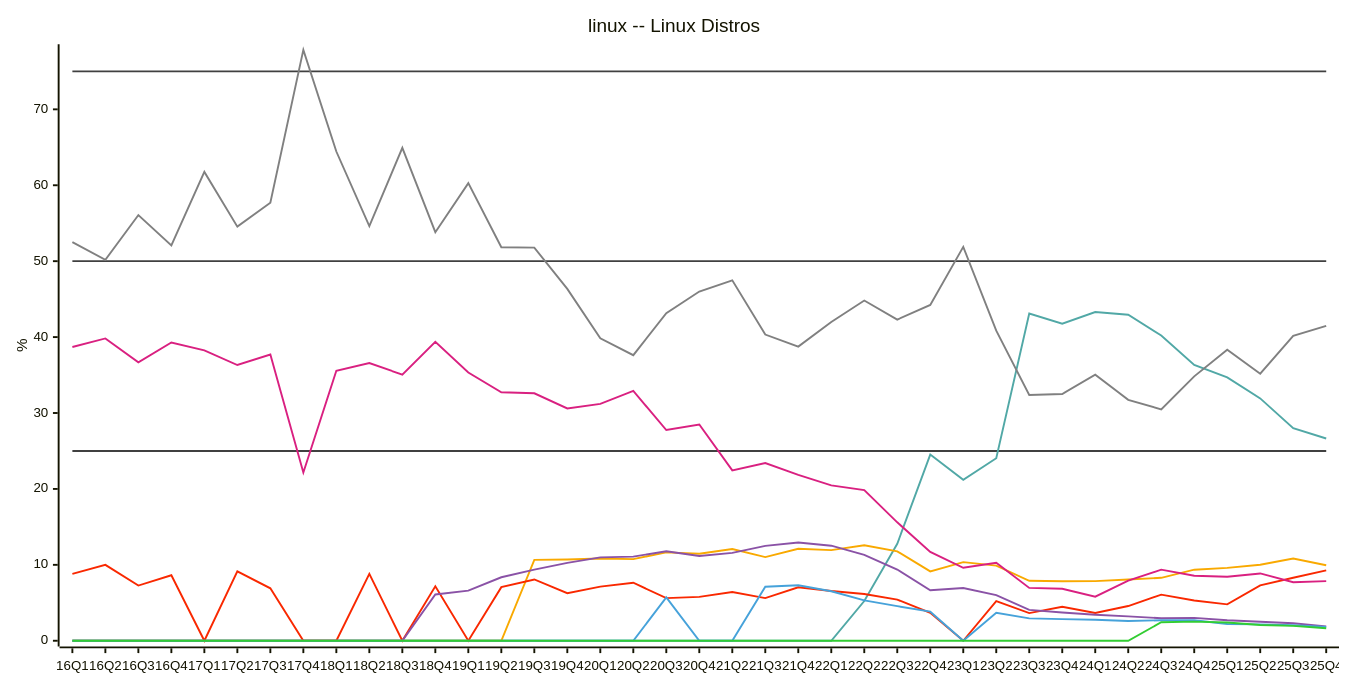
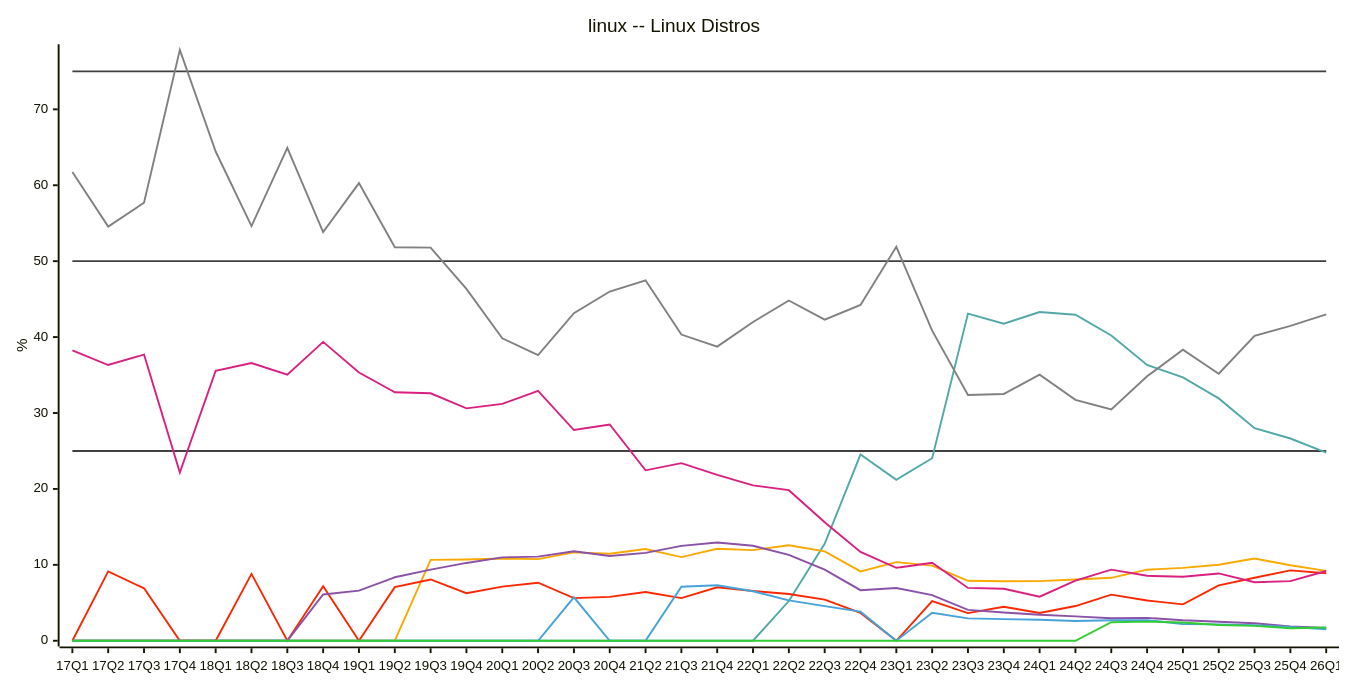
Diagram 16 of 31 in README.md (jdegene/steamHWsurvey), drawn with Mermaid before and after one commit. The commit also changed other lines of this file and 3 other files, not shown here.

````diff
--- a/README.md
+++ b/README.md
@@ -516,29 +516,29 @@
 ```mermaid
 ---
 config:
     xyChart:
         width: 1400
         height: 700
         
     themeVariables:
         xyChart:
             plotColorPalette: "#404040,#404040,#404040,#51a8a6,#f9a900,#f92800,#d92080,#8a52a6,#46a2da,#32CD32,#808080"
 
 --- 
 
 xychart-beta
     title "linux -- Linux Distros"
-    x-axis [16Q1, 16Q2, 16Q3, 16Q4, 17Q1, 17Q2, 17Q3, 17Q4, 18Q1, 18Q2, 18Q3, 18Q4, 19Q1, 19Q2, 19Q3, 19Q4, 20Q1, 20Q2, 20Q3, 20Q4, 21Q2, 21Q3, 21Q4, 22Q1, 22Q2, 22Q3, 22Q4, 23Q1, 23Q2, 23Q3, 23Q4, 24Q1, 24Q2, 24Q3, 24Q4, 25Q1, 25Q2, 25Q3, 25Q4]
+    x-axis [17Q1, 17Q2, 17Q3, 17Q4, 18Q1, 18Q2, 18Q3, 18Q4, 19Q1, 19Q2, 19Q3, 19Q4, 20Q1, 20Q2, 20Q3, 20Q4, 21Q2, 21Q3, 21Q4, 22Q1, 22Q2, 22Q3, 22Q4, 23Q1, 23Q2, 23Q3, 23Q4, 24Q1, 24Q2, 24Q3, 24Q4, 25Q1, 25Q2, 25Q3, 25Q4, 26Q1]
     y-axis "%" 
- line [25, 25, 25, 25, 25, 25, 25, 25, 25, 25, 25, 25, 25, 25, 25, 25, 25, 25, 25, 25, 25, 25, 25, 25, 25, 25, 25, 25, 25, 25, 25, 25, 25, 25, 25, 25, 25, 25, 25]
- line [50, 50, 50, 50, 50, 50, 50, 50, 50, 50, 50, 50, 50, 50, 50, 50, 50, 50, 50, 50, 50, 50, 50, 50, 50, 50, 50, 50, 50, 50, 50, 50, 50, 50, 50, 50, 50, 50, 50]
- line [75, 75, 75, 75, 75, 75, 75, 75, 75, 75, 75, 75, 75, 75, 75, 75, 75, 75, 75, 75, 75, 75, 75, 75, 75, 75, 75, 75, 75, 75, 75, 75, 75, 75, 75, 75, 75, 75, 75]
-    line [0, 0, 0, 0, 0, 0, 0, 0, 0, 0, 0, 0, 0, 0, 0, 0, 0, 0, 0, 0, 0, 0, 0, 0, 5.2299999999999995, 12.776666666666667, 24.525, 21.2, 24.044999999999998, 43.096666666666664, 41.76, 43.29666666666667, 42.946666666666665, 40.216666666666676, 36.336666666666666, 34.69333333333333, 31.923333333333332, 28.000000000000004, 26.639999999999997]
-    line [0, 0, 0, 0, 0, 0, 0, 0, 0, 0, 0, 0, 0, 0, 10.65, 10.703333333333333, 10.835, 10.756666666666666, 11.645, 11.46, 12.079999999999998, 11.023333333333333, 12.11, 11.940000000000001, 12.585, 11.776666666666667, 9.14, 10.36, 9.89, 7.903333333333333, 7.830000000000001, 7.856666666666667, 8.073333333333334, 8.29, 9.36, 9.596666666666666, 10.010000000000002, 10.83, 9.943333333333333]
-    line [8.799999999999999, 10.0, 7.2666666666666675, 8.63, 0, 9.133333333333333, 6.909999999999999, 0, 0, 8.806666666666667, 0, 7.17, 0, 7.063333333333334, 8.07, 6.2700000000000005, 7.124999999999999, 7.6433333333333335, 5.609999999999999, 5.779999999999999, 6.420000000000001, 5.62, 7.04, 6.550000000000001, 6.165, 5.415, 3.6700000000000004, 0, 5.215, 3.6399999999999997, 4.475, 3.6533333333333333, 4.573333333333332, 6.073333333333333, 5.3, 4.796666666666667, 7.286666666666668, 8.293333333333335, 9.266666666666667]
-    line [38.695, 39.82, 36.669999999999995, 39.28333333333334, 38.24, 36.31999999999999, 37.696666666666665, 22.163333333333334, 35.56666666666666, 36.57666666666666, 35.06, 39.36666666666667, 35.32666666666667, 32.733333333333334, 32.59666666666667, 30.606666666666666, 31.210000000000004, 32.906666666666666, 27.755000000000003, 28.485, 22.45, 23.4, 21.84, 20.47, 19.835, 15.6, 11.695, 9.610000000000001, 10.280000000000001, 6.959999999999999, 6.855, 5.8100000000000005, 7.923333333333334, 9.363333333333335, 8.556666666666667, 8.436666666666666, 8.866666666666667, 7.706666666666667, 7.853333333333333]
-    line [0, 0, 0, 0, 0, 0, 0, 0, 0, 0, 0, 6.09, 6.595000000000001, 8.363333333333333, 9.370000000000001, 10.25, 10.985, 11.080000000000002, 11.795, 11.165, 11.58, 12.503333333333334, 12.94, 12.520000000000001, 11.32, 9.376666666666667, 6.659999999999999, 6.950000000000001, 6.0200000000000005, 4.0633333333333335, 3.7150000000000003, 3.416666666666667, 3.2133333333333334, 2.9733333333333336, 3.0166666666666666, 2.6950000000000003, 2.5, 2.31, 1.8900000000000001]
-    line [0, 0, 0, 0, 0, 0, 0, 0, 0, 0, 0, 0, 0, 0, 0, 0, 0, 0, 5.72, 0, 0, 7.116666666666667, 7.31, 6.52, 5.319999999999999, 4.556666666666667, 3.83, 0, 3.695, 2.9499999999999997, 2.855, 2.76, 2.61, 2.6950000000000003, 2.7066666666666666, 2.21, 2.1533333333333333, 2.0500000000000003, 1.8233333333333335]
-    line [0, 0, 0, 0, 0, 0, 0, 0, 0, 0, 0, 0, 0, 0, 0, 0, 0, 0, 0, 0, 0, 0, 0, 0, 0, 0, 0, 0, 0, 0, 0, 0, 0, 2.44, 2.52, 2.41, 2.08, 1.96, 1.6500000000000001]
-    line [52.505, 50.18, 56.06666666666666, 52.083333333333336, 61.760000000000005, 54.55, 57.699999999999996, 77.83666666666666, 64.44333333333333, 54.61666666666667, 64.93666666666667, 53.81999999999999, 60.28333333333333, 51.84000000000001, 51.790000000000006, 46.34666666666667, 39.839999999999996, 37.61666666666667, 43.145, 46.005, 47.48, 40.336666666666666, 38.75, 41.99, 44.82, 42.30666666666667, 44.23, 51.89, 40.849999999999994, 32.37, 32.51, 35.04666666666667, 31.739999999999995, 30.473333333333336, 34.83, 38.33333333333333, 35.17333333333334, 40.156666666666666, 41.486666666666665]
+ line [25, 25, 25, 25, 25, 25, 25, 25, 25, 25, 25, 25, 25, 25, 25, 25, 25, 25, 25, 25, 25, 25, 25, 25, 25, 25, 25, 25, 25, 25, 25, 25, 25, 25, 25, 25]
+ line [50, 50, 50, 50, 50, 50, 50, 50, 50, 50, 50, 50, 50, 50, 50, 50, 50, 50, 50, 50, 50, 50, 50, 50, 50, 50, 50, 50, 50, 50, 50, 50, 50, 50, 50, 50]
+ line [75, 75, 75, 75, 75, 75, 75, 75, 75, 75, 75, 75, 75, 75, 75, 75, 75, 75, 75, 75, 75, 75, 75, 75, 75, 75, 75, 75, 75, 75, 75, 75, 75, 75, 75, 75]
+    line [0, 0, 0, 0, 0, 0, 0, 0, 0, 0, 0, 0, 0, 0, 0, 0, 0, 0, 0, 0, 5.2299999999999995, 12.776666666666667, 24.525, 21.2, 24.044999999999998, 43.096666666666664, 41.76, 43.29666666666667, 42.946666666666665, 40.216666666666676, 36.336666666666666, 34.69333333333333, 31.923333333333332, 28.000000000000004, 26.639999999999997, 24.79]
+    line [0, 0, 0, 0, 0, 0, 0, 0, 0, 0, 10.65, 10.703333333333333, 10.835, 10.756666666666666, 11.645, 11.46, 12.079999999999998, 11.023333333333333, 12.11, 11.940000000000001, 12.585, 11.776666666666667, 9.14, 10.36, 9.89, 7.903333333333333, 7.830000000000001, 7.856666666666667, 8.073333333333334, 8.29, 9.36, 9.596666666666666, 10.010000000000002, 10.83, 9.943333333333333, 9.21]
+    line [0, 9.133333333333333, 6.909999999999999, 0, 0, 8.806666666666667, 0, 7.17, 0, 7.063333333333334, 8.07, 6.2700000000000005, 7.124999999999999, 7.6433333333333335, 5.609999999999999, 5.779999999999999, 6.420000000000001, 5.62, 7.04, 6.550000000000001, 6.165, 5.415, 3.6700000000000004, 0, 5.215, 3.6399999999999997, 4.475, 3.6533333333333333, 4.573333333333332, 6.073333333333333, 5.3, 4.796666666666667, 7.286666666666668, 8.293333333333335, 9.266666666666667, 8.9]
+    line [38.24, 36.31999999999999, 37.696666666666665, 22.163333333333334, 35.56666666666666, 36.57666666666666, 35.06, 39.36666666666667, 35.32666666666667, 32.733333333333334, 32.59666666666667, 30.606666666666666, 31.210000000000004, 32.906666666666666, 27.755000000000003, 28.485, 22.45, 23.4, 21.84, 20.47, 19.835, 15.6, 11.695, 9.610000000000001, 10.280000000000001, 6.959999999999999, 6.855, 5.8100000000000005, 7.923333333333334, 9.363333333333335, 8.556666666666667, 8.436666666666666, 8.866666666666667, 7.706666666666667, 7.853333333333333, 9.19]
+    line [0, 0, 0, 0, 0, 0, 0, 6.09, 6.595000000000001, 8.363333333333333, 9.370000000000001, 10.25, 10.985, 11.080000000000002, 11.795, 11.165, 11.58, 12.503333333333334, 12.94, 12.520000000000001, 11.32, 9.376666666666667, 6.659999999999999, 6.950000000000001, 6.0200000000000005, 4.0633333333333335, 3.7150000000000003, 3.416666666666667, 3.2133333333333334, 2.9733333333333336, 3.0166666666666666, 2.6950000000000003, 2.5, 2.31, 1.8900000000000001, 1.68]
+    line [0, 0, 0, 0, 0, 0, 0, 0, 0, 0, 0, 0, 0, 0, 5.72, 0, 0, 7.116666666666667, 7.31, 6.52, 5.319999999999999, 4.556666666666667, 3.83, 0, 3.695, 2.9499999999999997, 2.855, 2.76, 2.61, 2.6950000000000003, 2.7066666666666666, 2.21, 2.1533333333333333, 2.0500000000000003, 1.8233333333333335, 1.51]
+    line [0, 0, 0, 0, 0, 0, 0, 0, 0, 0, 0, 0, 0, 0, 0, 0, 0, 0, 0, 0, 0, 0, 0, 0, 0, 0, 0, 0, 0, 2.44, 2.52, 2.41, 2.08, 1.96, 1.6500000000000001, 1.7399999999999998]
+    line [61.760000000000005, 54.55, 57.699999999999996, 77.83666666666666, 64.44333333333333, 54.61666666666667, 64.93666666666667, 53.81999999999999, 60.28333333333333, 51.84000000000001, 51.790000000000006, 46.34666666666667, 39.839999999999996, 37.61666666666667, 43.145, 46.005, 47.48, 40.336666666666666, 38.75, 41.99, 44.82, 42.30666666666667, 44.23, 51.89, 40.849999999999994, 32.37, 32.51, 35.04666666666667, 31.739999999999995, 30.473333333333336, 34.83, 38.33333333333333, 35.17333333333334, 40.156666666666666, 41.486666666666665, 43.0]
 ``` 
````
